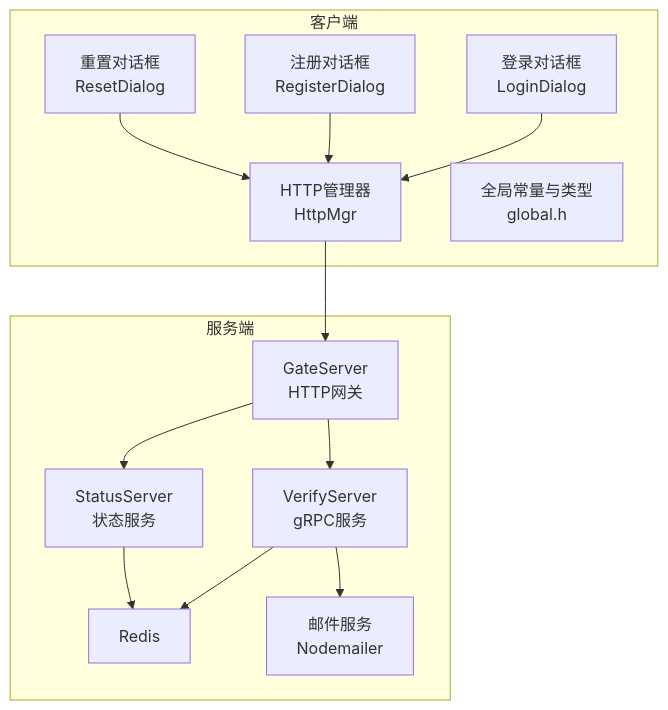
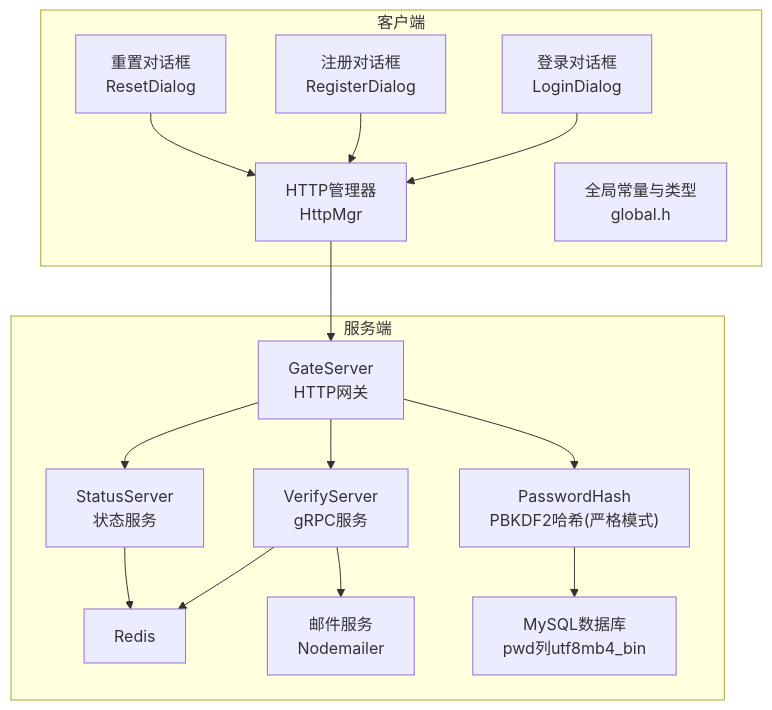
Before and after one commit to echo9923/mychatter: the first of 8 diagrams in .qoder/repowiki/zh/content/核心功能模块/用户认证系统/用户认证系统.md, drawn with Mermaid. The commit also changed other lines of this file and 58 other files, not shown here.

````diff
--- a/.qoder/repowiki/zh/content/核心功能模块/用户认证系统/用户认证系统.md
+++ b/.qoder/repowiki/zh/content/核心功能模块/用户认证系统/用户认证系统.md
@@ -56,26 +65,30 @@
 ```mermaid
 graph TB
 subgraph "客户端"
 LD["登录对话框<br/>LoginDialog"]
 RD["注册对话框<br/>RegisterDialog"]
 RSD["重置对话框<br/>ResetDialog"]
 HM["HTTP管理器<br/>HttpMgr"]
 GL["全局常量与类型<br/>global.h"]
 end
 subgraph "服务端"
 GS["GateServer<br/>HTTP网关"]
 VS["VerifyServer<br/>gRPC服务"]
 SS["StatusServer<br/>状态服务"]
+PH["PasswordHash<br/>PBKDF2哈希(严格模式)"]
 REDIS["Redis"]
 EMAIL["邮件服务<br/>Nodemailer"]
+DB["MySQL数据库<br/>pwd列utf8mb4_bin"]
 end
 LD --> HM
 RD --> HM
 RSD --> HM
 HM --> GS
 GS --> VS
 GS --> SS
+GS --> PH
 VS --> REDIS
 VS --> EMAIL
 SS --> REDIS
+PH --> DB
 ```
````
